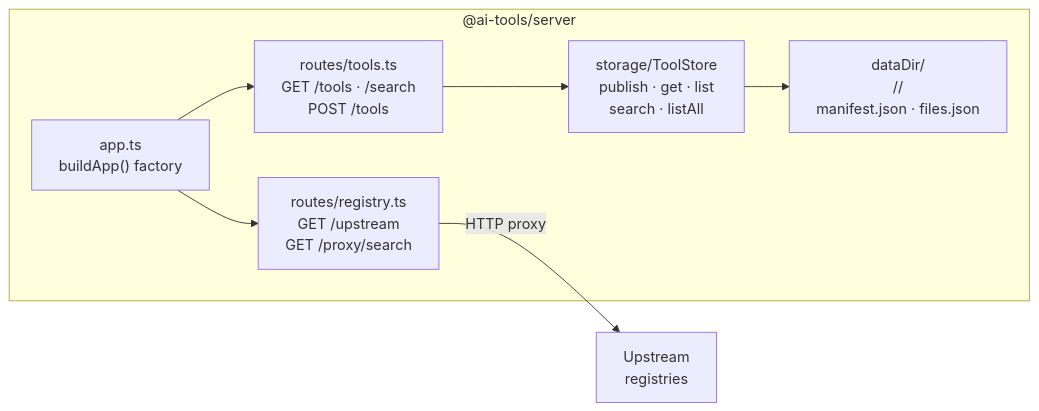
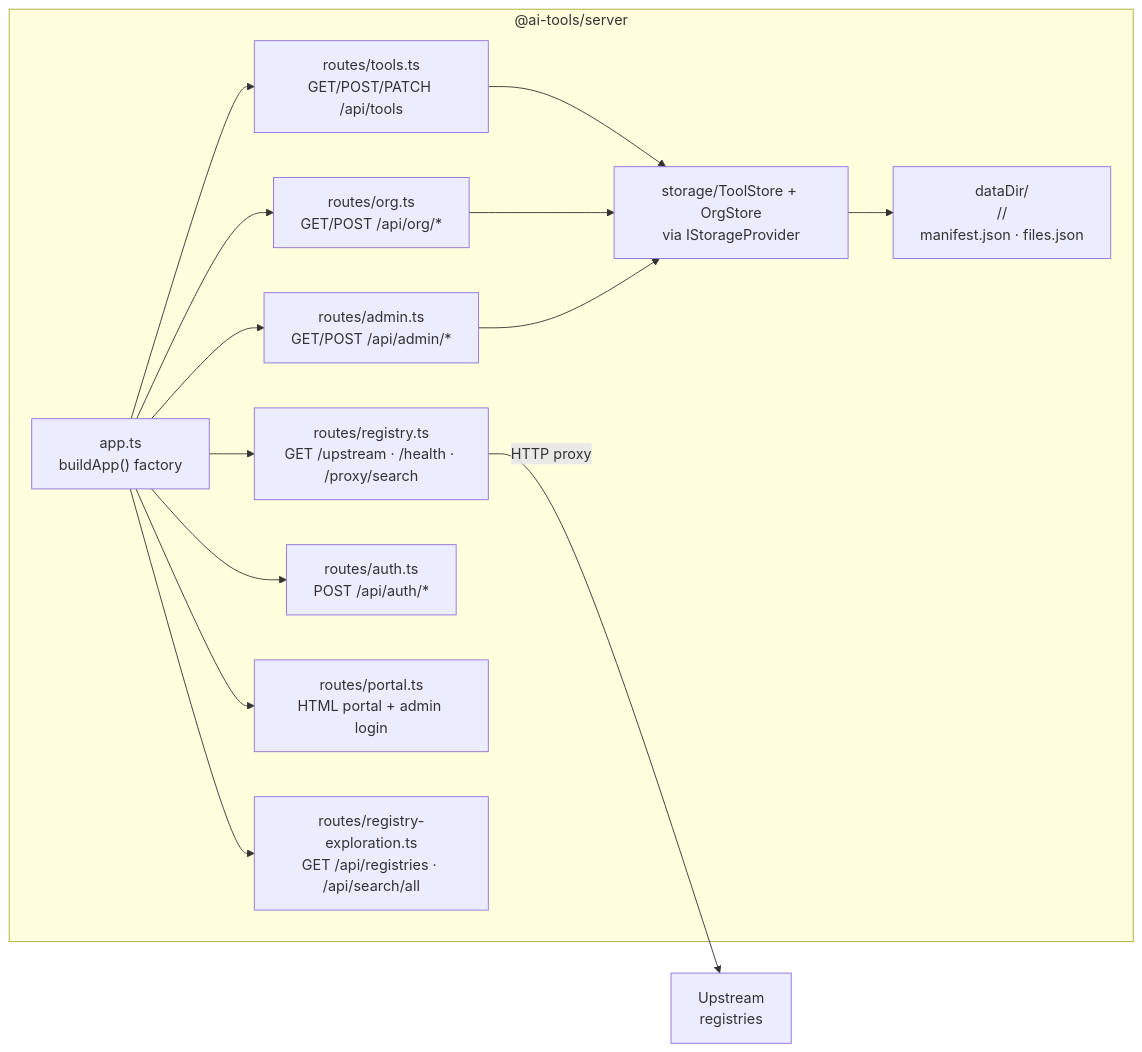
The fifth of 7 diagrams in docs/design/architecture.md (bitgenetics/aitools), drawn with Mermaid before and after one commit. The commit also changed 13 other files, not shown here.

````diff
--- a/docs/design/architecture.md
+++ b/docs/design/architecture.md
@@ -123,16 +123,28 @@
 ```mermaid
 graph LR
     subgraph server["@ai-tools/server"]
         app["app.ts<br/>buildApp() factory"]
-        tools_route["routes/tools.ts<br/>GET /tools · /search<br/>POST /tools"]
-        registry_route["routes/registry.ts<br/>GET /upstream<br/>GET /proxy/search"]
-        store["storage/ToolStore<br/>publish · get · list<br/>search · listAll"]
+        tools_route["routes/tools.ts<br/>GET/POST/PATCH /api/tools"]
+        registry_route["routes/registry.ts<br/>GET /upstream · /health · /proxy/search"]
+        org_route["routes/org.ts<br/>GET/POST /api/org/*"]
+        admin_route["routes/admin.ts<br/>GET/POST /api/admin/*"]
+        auth_route["routes/auth.ts<br/>POST /api/auth/*"]
+        portal_route["routes/portal.ts<br/>HTML portal + admin login"]
+        exploration_route["routes/registry-exploration.ts<br/>GET /api/registries · /api/search/all"]
+        store["storage/ToolStore + OrgStore<br/>via IStorageProvider"]
         datafs["dataDir/<br/><name>/<version>/<br/>manifest.json · files.json"]
     end
 
     app --> tools_route
     app --> registry_route
+    app --> org_route
+    app --> admin_route
+    app --> auth_route
+    app --> portal_route
+    app --> exploration_route
     tools_route --> store
+    org_route --> store
+    admin_route --> store
     registry_route -- "HTTP proxy" --> upstream_reg["Upstream<br/>registries"]
     store --> datafs
 ```
````
